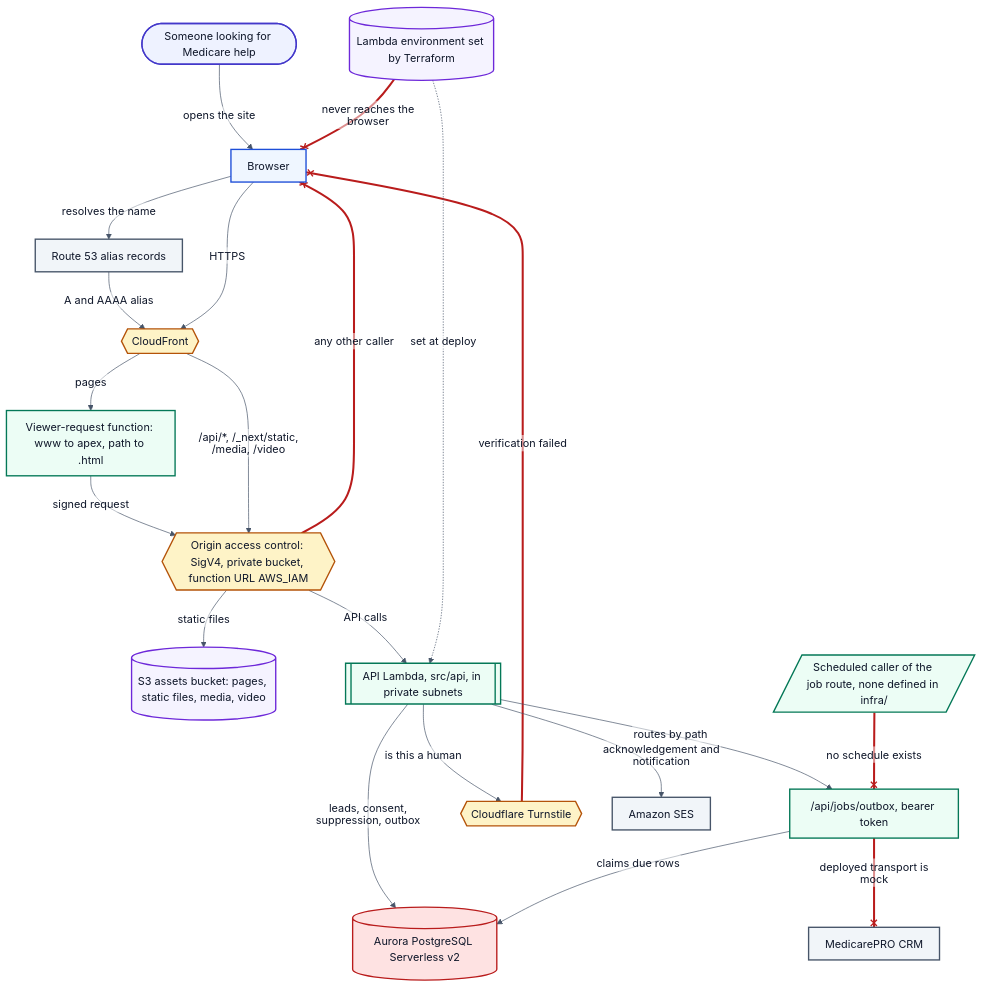
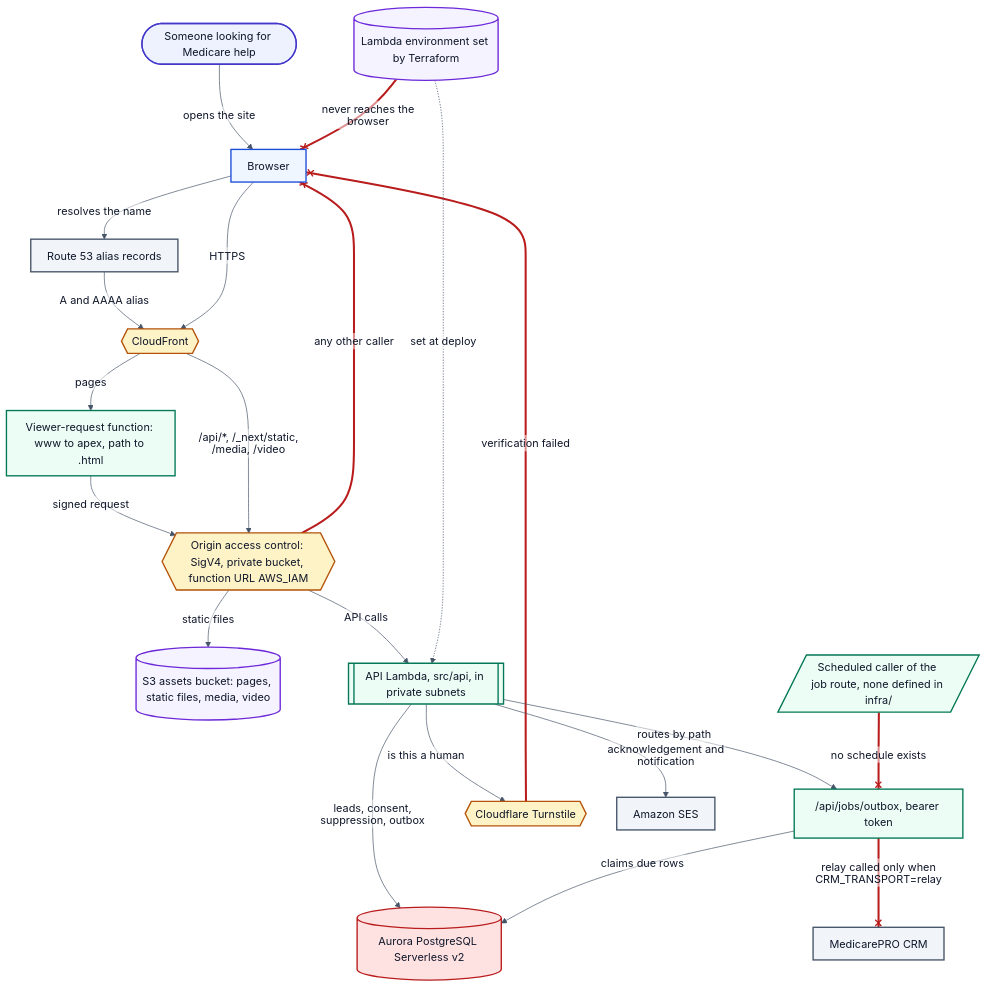
Before and after one commit to marc-mccarthy/legacy-benefits-mn: the diagram in docs/diagrams/D1-system-context.mmd, drawn with Mermaid. The commit also changed 17 other files, not shown here.

Commit message:
feat(crm): relay transport replaces webhook and zapier

```diff
--- a/docs/diagrams/D1-system-context.mmd
+++ b/docs/diagrams/D1-system-context.mmd
@@ -1,78 +1,78 @@
 %%{init: {"theme":"base","themeVariables":{"fontFamily":"Helvetica Neue, Helvetica, Arial, sans-serif","fontSize":"16px","textColor":"#0F172A","background":"#FFFFFF","lineColor":"#475569","mainBkg":"#EFF6FF","nodeBorder":"#1D4ED8","primaryColor":"#EFF6FF","primaryBorderColor":"#1D4ED8","primaryTextColor":"#0F172A","secondaryColor":"#F1F5F9","secondaryBorderColor":"#475569","secondaryTextColor":"#0F172A","tertiaryColor":"#F8FAFC","tertiaryBorderColor":"#CBD5E1","tertiaryTextColor":"#0F172A","clusterBkg":"#F8FAFC","clusterBorder":"#CBD5E1","edgeLabelBackground":"#FFFFFF","actorBkg":"#EEF2FF","actorBorder":"#4338CA","actorTextColor":"#0F172A","signalColor":"#475569","signalTextColor":"#0F172A","noteBkgColor":"#FEF3C7","noteBorderColor":"#B45309","noteTextColor":"#0F172A","activationBkgColor":"#ECFDF5","activationBorderColor":"#047857","labelBoxBkgColor":"#FEF3C7","labelBoxBorderColor":"#B45309","sequenceNumberColor":"#FFFFFF"},"flowchart":{"htmlLabels":false,"curve":"basis","nodeSpacing":45,"rankSpacing":60,"padding":12},"sequence":{"useMaxWidth":false,"htmlLabels":false,"mirrorActors":false,"wrap":true,"width":190}}}%%
 flowchart TB
 accTitle: How a visitor reaches the site and where their answer comes from
 accDescr {
   A top-to-bottom map of one visit. Someone looking for Medicare help opens the
   site in a browser. The name resolves through Route 53 to CloudFront, which is the
   only way in. A viewer-request function redirects www to the apex host and maps a
   path such as /services to /services.html. Pages, /_next/static, /media and /video
   are read from a private S3 bucket; /api/* goes to the API Lambda function URL
   with caching disabled. Both origins sit behind origin access control: requests are
   signed with SigV4, the bucket policy admits only this distribution, and the
   function URL uses AWS_IAM authorization, so neither can be called directly. The
   API Lambda runs in private subnets and talks to Aurora PostgreSQL Serverless v2,
   whose security group admits only the Lambda's security group on 5432. It writes
   lead, Scope of Appointment and do-not-contact records there. Two outbound
   dependencies sit to the side: Cloudflare Turnstile verifies that a form submitter
   is human, and SES sends the acknowledgement and the agency notification when a
   sender address is configured. The MedicarePRO CRM is never called during the
-  visitor's request. The job route that would deliver to it needs a bearer token,
-  nothing in infra/ schedules a caller, and the deployed function sets
-  CRM_TRANSPORT to mock, so nothing is sent. The Lambda's environment, including
+  visitor's request. The job route that would deliver to it needs a bearer token
+  and nothing in infra/ schedules a caller. It reaches the CRM through the relay
+  only when CRM_TRANSPORT=relay, and otherwise sends nothing. The Lambda's environment, including
   the database password, the PAYLOAD_SECRET salt and the job token, is generated and
   set by Terraform and never reaches the browser.
 }
 
 visitor([Someone looking for Medicare help])
 browser[Browser]
 dns[Route 53 alias records]
 edge{{CloudFront}}
 rewrite["Viewer-request function: www to apex, path to .html"]
 oac{{"Origin access control: SigV4, private bucket, function URL AWS_IAM"}}
 bucket[("S3 assets bucket: pages, static files, media, video")]
 api[["API Lambda, src/api, in private subnets"]]
 jobRoute["/api/jobs/outbox, bearer token"]
 db[("Aurora PostgreSQL Serverless v2")]
 turnstile{{Cloudflare Turnstile}}
 ses[Amazon SES]
 crm[MedicarePRO CRM]
 trigger[/"Scheduled caller of the job route, none defined in infra/"/]
 lambdaEnv[("Lambda environment set by Terraform")]
 
 visitor -->|opens the site| browser
 browser -->|resolves the name| dns
 dns -->|A and AAAA alias| edge
 browser -->|HTTPS| edge
 edge -->|pages| rewrite
 rewrite -->|signed request| oac
 edge -->|/api/*, /_next/static, /media, /video| oac
 oac -->|static files| bucket
 oac -->|API calls| api
 oac --x|any other caller| browser
 api -->|leads, consent, suppression, outbox| db
 api -->|is this a human| turnstile
 turnstile --x|verification failed| browser
 api -->|acknowledgement and notification| ses
 api -->|routes by path| jobRoute
 trigger --x|no schedule exists| jobRoute
 jobRoute -->|claims due rows| db
-jobRoute --x|deployed transport is mock| crm
+jobRoute --x|relay called only when CRM_TRANSPORT=relay| crm
 lambdaEnv -.->|set at deploy| api
 lambdaEnv --x|never reaches the browser| browser
 
 classDef human    fill:#EEF2FF,stroke:#4338CA,stroke-width:2px,color:#0F172A
 classDef client   fill:#EFF6FF,stroke:#1D4ED8,stroke-width:2px,color:#0F172A
 classDef ours     fill:#ECFDF5,stroke:#047857,stroke-width:2px,color:#0F172A
 classDef guard    fill:#FEF3C7,stroke:#B45309,stroke-width:2px,color:#0F172A
 classDef vendor   fill:#F1F5F9,stroke:#475569,stroke-width:2px,color:#0F172A
 classDef phi      fill:#FEE2E2,stroke:#B91C1C,stroke-width:2px,color:#0F172A
 classDef artifact fill:#F5F3FF,stroke:#6D28D9,stroke-width:2px,color:#0F172A
 
 class visitor human
 class browser client
 class edge,oac,turnstile guard
 class rewrite,api,jobRoute,trigger ours
 class db phi
 class bucket,lambdaEnv artifact
 class dns,ses,crm vendor
 linkStyle 9,12,15,17,19 stroke:#B91C1C,stroke-width:3px
```
